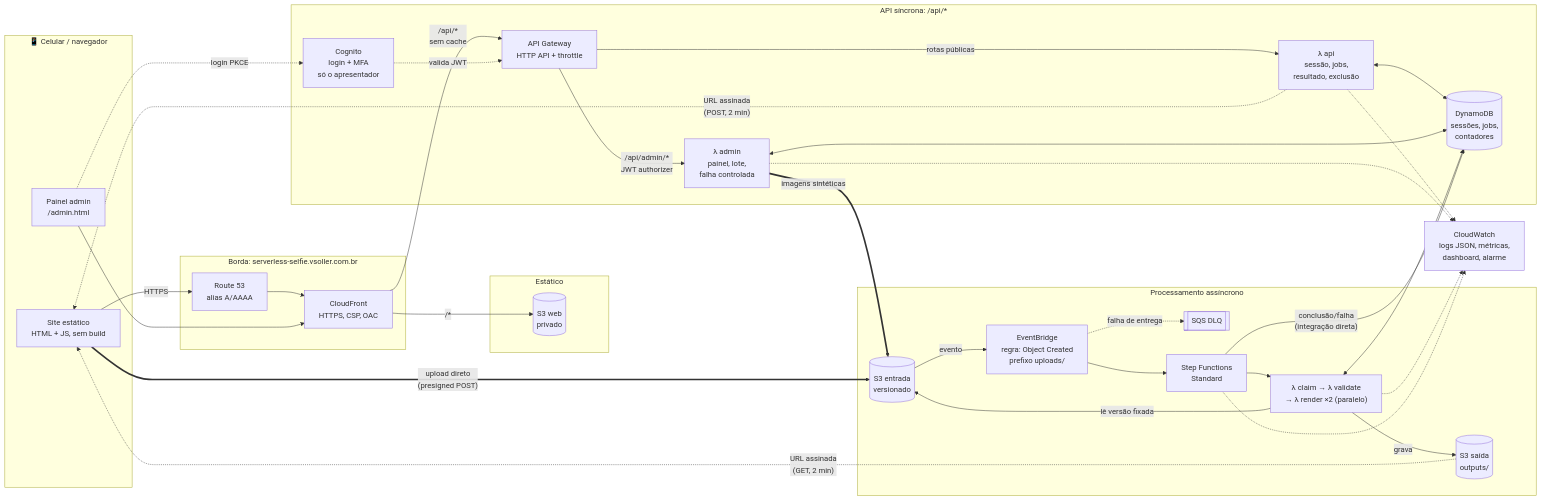
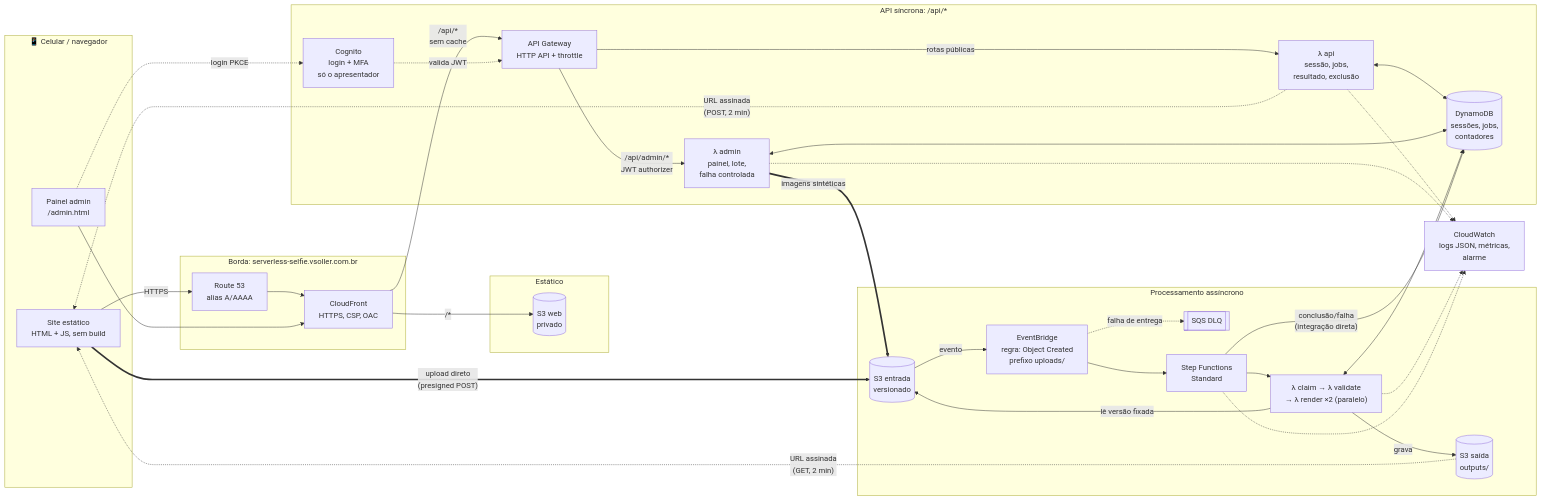
One commit to VgsStudio/serverless-selfie-sbg changed the first of 4 diagrams in README.md. Above: the diagram before and after it, drawn with Mermaid. The commit also changed other lines of this file and 4 other files, not shown here.

First line of the commit message:
chore: remove o dashboard do CloudWatch

````diff
--- a/README.md
+++ b/README.md
@@ -56,58 +56,58 @@
 ```mermaid
 flowchart LR
     subgraph Cliente["📱 Celular / navegador"]
         UI["Site estático<br/>HTML + JS, sem build"]
         ADM["Painel admin<br/>/admin.html"]
     end
 
     subgraph Borda["Borda: serverless-selfie.vsoller.com.br"]
         R53["Route 53<br/>alias A/AAAA"]
         CF["CloudFront<br/>HTTPS, CSP, OAC"]
     end
 
     subgraph Estatico["Estático"]
         S3W[("S3 web<br/>privado")]
     end
 
     subgraph API["API síncrona: /api/*"]
         APIGW["API Gateway<br/>HTTP API + throttle"]
         COG["Cognito<br/>login + MFA<br/>só o apresentador"]
         LAPI["λ api<br/>sessão, jobs,<br/>resultado, exclusão"]
         LADM["λ admin<br/>painel, lote,<br/>falha controlada"]
         DDB[("DynamoDB<br/>sessões, jobs,<br/>contadores")]
     end
 
     subgraph Async["Processamento assíncrono"]
         S3IN[("S3 entrada<br/>versionado")]
         EB["EventBridge<br/>regra: Object Created<br/>prefixo uploads/"]
         DLQ[["SQS DLQ"]]
         SFN["Step Functions<br/>Standard"]
         LW["λ claim → λ validate<br/>→ λ render ×2 (paralelo)"]
         S3OUT[("S3 saída<br/>outputs/")]
     end
 
-    CW["CloudWatch<br/>logs JSON, métricas,<br/>dashboard, alarme"]
+    CW["CloudWatch<br/>logs JSON, métricas,<br/>alarme"]
 
     UI -- "HTTPS" --> R53 --> CF
     ADM --> CF
     CF -- "/*" --> S3W
     CF -- "/api/*<br/>sem cache" --> APIGW
     ADM -. "login PKCE" .-> COG
     APIGW -- "rotas públicas" --> LAPI
     APIGW -- "/api/admin/*<br/>JWT authorizer" --> LADM
     COG -. "valida JWT" .-> APIGW
     LAPI <--> DDB
     LADM <--> DDB
     LAPI -. "URL assinada<br/>(POST, 2 min)" .-> UI
     UI == "upload direto<br/>(presigned POST)" ==> S3IN
     LADM == "imagens sintéticas" ==> S3IN
     S3IN -- "evento" --> EB --> SFN
     EB -. "falha de entrega" .-> DLQ
     SFN --> LW
     LW <--> DDB
     LW -- "lê versão fixada" --> S3IN
     LW -- "grava" --> S3OUT
     SFN -- "conclusão/falha<br/>(integração direta)" --> DDB
     S3OUT -. "URL assinada<br/>(GET, 2 min)" .-> UI
     LAPI & LADM & LW & SFN -.-> CW
 ```
````
